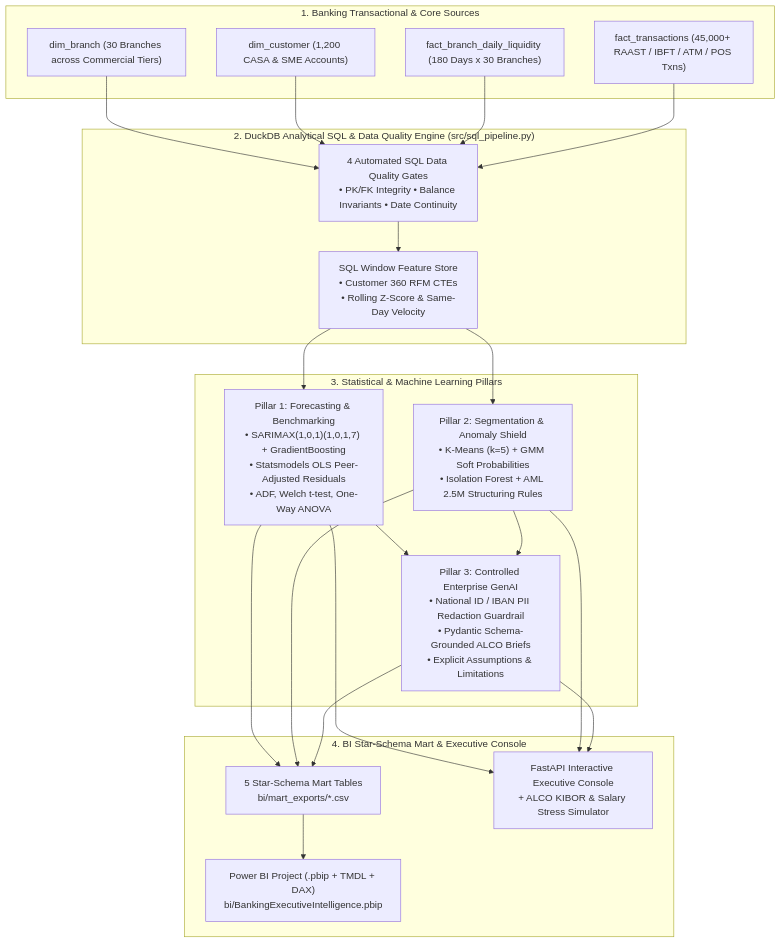
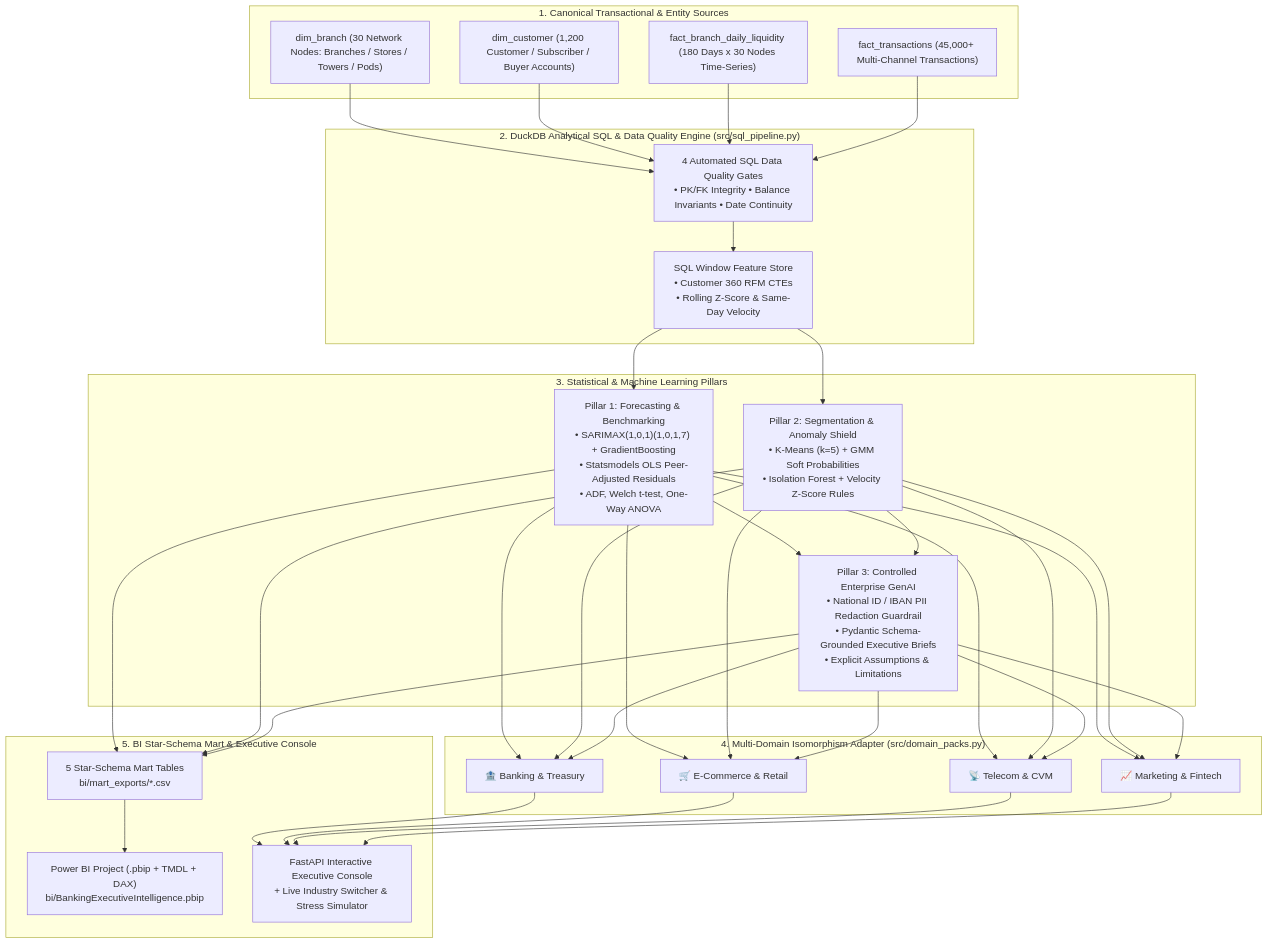
The diagram in README.md (akmalkhaniub/enterprise-banking-ds-platform), drawn with Mermaid before and after one commit. The commit also changed other lines of this file and 7 other files, not shown here.

Commit message:
feat: add Multi-Domain Industry Packs (Banking, E-Commerce/Retail, Telecom, Marketing/Fintech) and isomorphism documentation

````diff
--- a/README.md
+++ b/README.md
@@ -32,32 +48,40 @@
 ```mermaid
 flowchart TD
-    subgraph RawLayer ["1. Banking Transactional & Core Sources"]
-        B["dim_branch (30 Branches across Commercial Tiers)"]
-        C["dim_customer (1,200 CASA & SME Accounts)"]
-        L["fact_branch_daily_liquidity (180 Days x 30 Branches)"]
-        T["fact_transactions (45,000+ RAAST / IBFT / ATM / POS Txns)"]
+    subgraph RawLayer ["1. Canonical Transactional & Entity Sources"]
+        B["dim_branch (30 Network Nodes: Branches / Stores / Towers / Pods)"]
+        C["dim_customer (1,200 Customer / Subscriber / Buyer Accounts)"]
+        L["fact_branch_daily_liquidity (180 Days x 30 Nodes Time-Series)"]
+        T["fact_transactions (45,000+ Multi-Channel Transactions)"]
     end
 
     subgraph SQLLayer ["2. DuckDB Analytical SQL & Data Quality Engine (src/sql_pipeline.py)"]
         DQ["4 Automated SQL Data Quality Gates<br/>• PK/FK Integrity • Balance Invariants • Date Continuity"]
         W["SQL Window Feature Store<br/>• Customer 360 RFM CTEs<br/>• Rolling Z-Score & Same-Day Velocity"]
     end
 
     subgraph MLLayer ["3. Statistical & Machine Learning Pillars"]
         P1["Pillar 1: Forecasting & Benchmarking<br/>• SARIMAX(1,0,1)(1,0,1,7) + GradientBoosting<br/>• Statsmodels OLS Peer-Adjusted Residuals<br/>• ADF, Welch t-test, One-Way ANOVA"]
-        P2["Pillar 2: Segmentation & Anomaly Shield<br/>• K-Means (k=5) + GMM Soft Probabilities<br/>• Isolation Forest + AML 2.5M Structuring Rules"]
-        P3["Pillar 3: Controlled Enterprise GenAI<br/>• National ID / IBAN PII Redaction Guardrail<br/>• Pydantic Schema-Grounded ALCO Briefs<br/>• Explicit Assumptions & Limitations"]
+        P2["Pillar 2: Segmentation & Anomaly Shield<br/>• K-Means (k=5) + GMM Soft Probabilities<br/>• Isolation Forest + Velocity Z-Score Rules"]
+        P3["Pillar 3: Controlled Enterprise GenAI<br/>• National ID / IBAN PII Redaction Guardrail<br/>• Pydantic Schema-Grounded Executive Briefs<br/>• Explicit Assumptions & Limitations"]
     end
 
-    subgraph DeliveryLayer ["4. BI Star-Schema Mart & Executive Console"]
+    subgraph DomainLayer ["4. Multi-Domain Isomorphism Adapter (src/domain_packs.py)"]
+        D1["🏦 Banking & Treasury"]
+        D2["🛒 E-Commerce & Retail"]
+        D3["📡 Telecom & CVM"]
+        D4["📈 Marketing & Fintech"]
+    end
+
+    subgraph DeliveryLayer ["5. BI Star-Schema Mart & Executive Console"]
         PBI["Power BI Project (.pbip + TMDL + DAX)<br/>bi/BankingExecutiveIntelligence.pbip"]
         CSV["5 Star-Schema Mart Tables<br/>bi/mart_exports/*.csv"]
-        UI["FastAPI Interactive Executive Console<br/>+ ALCO KIBOR & Salary Stress Simulator"]
+        UI["FastAPI Interactive Executive Console<br/>+ Live Industry Switcher & Stress Simulator"]
     end
 
     B & C & L & T --> DQ --> W
     W --> P1 & P2
     P1 & P2 --> P3
+    P1 & P2 & P3 --> D1 & D2 & D3 & D4
+    D1 & D2 & D3 & D4 --> UI
     P1 & P2 & P3 --> CSV --> PBI
-    P1 & P2 & P3 --> UI
 ```
````
